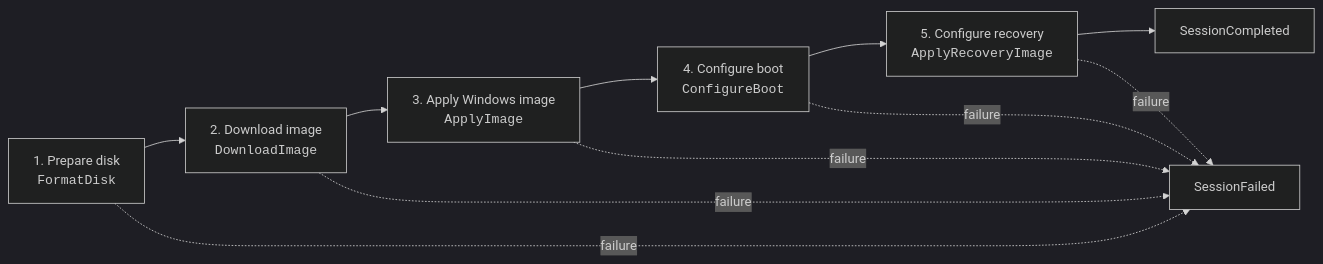
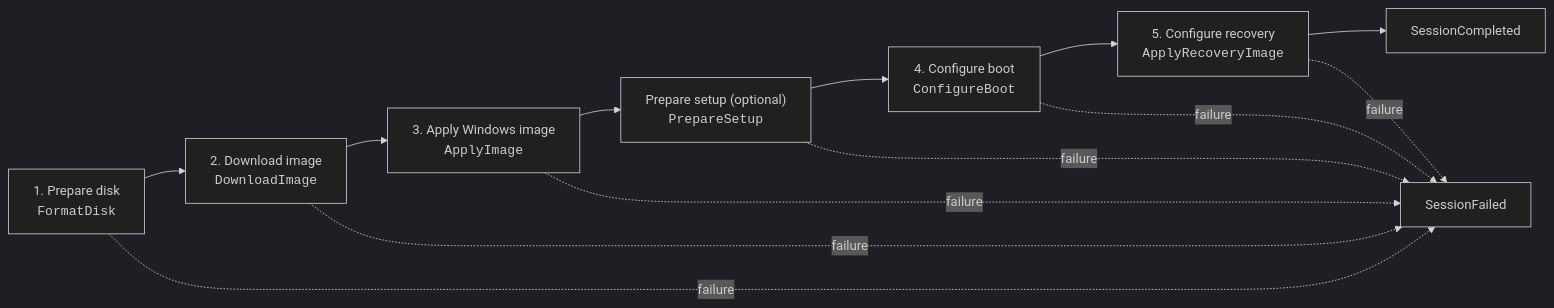
One commit to MSEndpointMgr/CloudImaging changed the second of 2 diagrams in docs/session-lifecycle.md. Above: the diagram before and after it, drawn with Mermaid (dark theme). The commit also changed other lines of this file and 58 other files, not shown here.

````diff
--- a/docs/session-lifecycle.md
+++ b/docs/session-lifecycle.md
@@ -81,14 +81,16 @@
 ```mermaid
 flowchart LR
     Format["1. Prepare disk<br/><code>FormatDisk</code>"] --> Download["2. Download image<br/><code>DownloadImage</code>"]
     Download --> Apply["3. Apply Windows image<br/><code>ApplyImage</code>"]
-    Apply --> Boot["4. Configure boot<br/><code>ConfigureBoot</code>"]
+    Apply --> Prepare["Prepare setup (optional)<br/><code>PrepareSetup</code>"]
+    Prepare --> Boot["4. Configure boot<br/><code>ConfigureBoot</code>"]
     Boot --> Recovery["5. Configure recovery<br/><code>ApplyRecoveryImage</code>"]
     Recovery --> Complete["SessionCompleted"]
 
     Format -. failure .-> Failed["SessionFailed"]
     Download -. failure .-> Failed
     Apply -. failure .-> Failed
+    Prepare -. failure .-> Failed
     Boot -. failure .-> Failed
     Recovery -. failure .-> Failed
 ```
````
